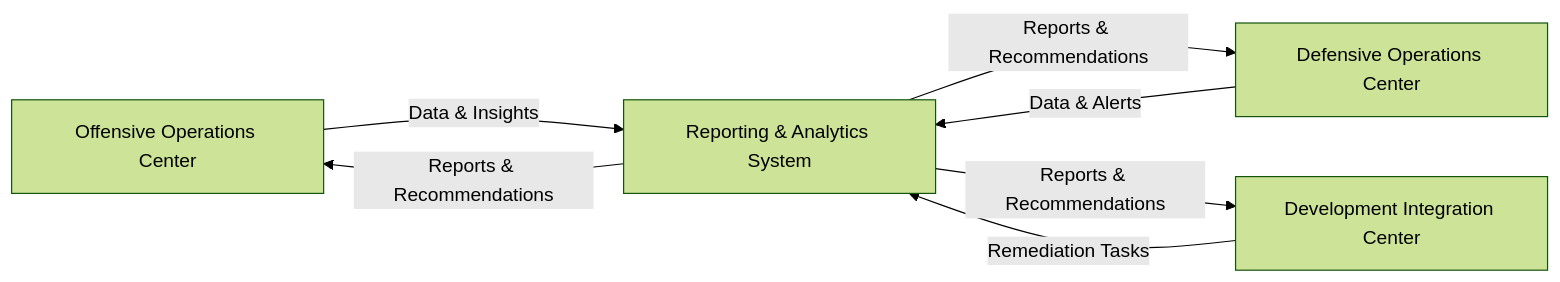
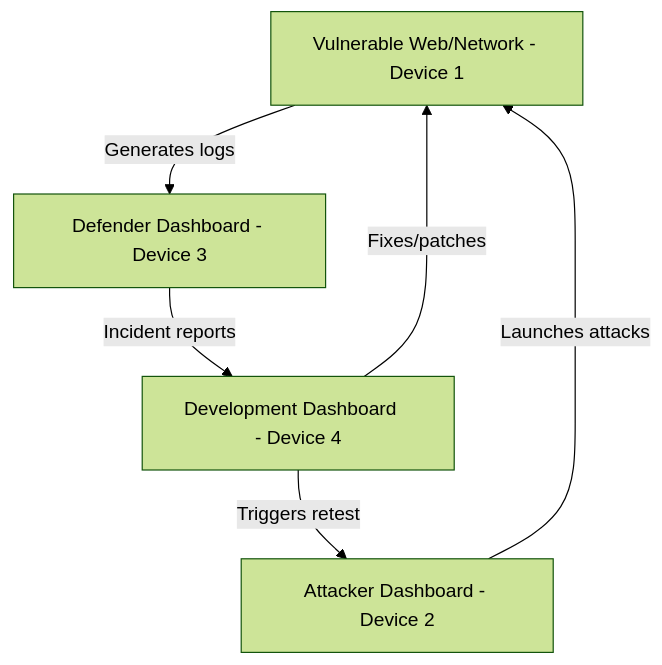
The first of 3 diagrams in 0 - Proposal.md (mahmoud01277599066-design/Advanced-Cybersecurity-Intelligence-Platform-v1), drawn with Mermaid (forest theme) before and after one commit. The commit also changed other lines of this file, not shown here.

````diff
--- a/0 - Proposal.md
+++ b/0 - Proposal.md
@@ -35,9 +30,13 @@
 ```mermaid
-graph LR
-    Offensive[Offensive Operations Center] -->|Data & Insights| Reporting[Reporting & Analytics System]
-    Defensive[Defensive Operations Center] -->|Data & Alerts| Reporting
-    Development[Development Integration Center] -->|Remediation Tasks| Reporting
-    Reporting -->|Reports & Recommendations| Offensive
-    Reporting -->|Reports & Recommendations| Defensive
-    Reporting -->|Reports & Recommendations| Development
+graph TD
+    VULN[Vulnerable Web/Network - Device 1] 
+    ATTACKER[Attacker Dashboard - Device 2] 
+    DEFENDER[Defender Dashboard - Device 3] 
+    DEV[Development Dashboard   - Device 4] 
+
+    ATTACKER -->|Launches attacks| VULN
+    VULN -->|Generates logs| DEFENDER
+    DEFENDER -->|Incident reports| DEV
+    DEV -->|Fixes/patches| VULN
+    DEV -->|Triggers retest| ATTACKER
 ```
````
